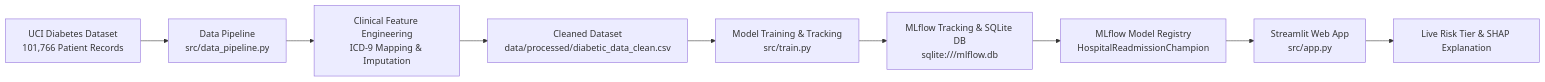
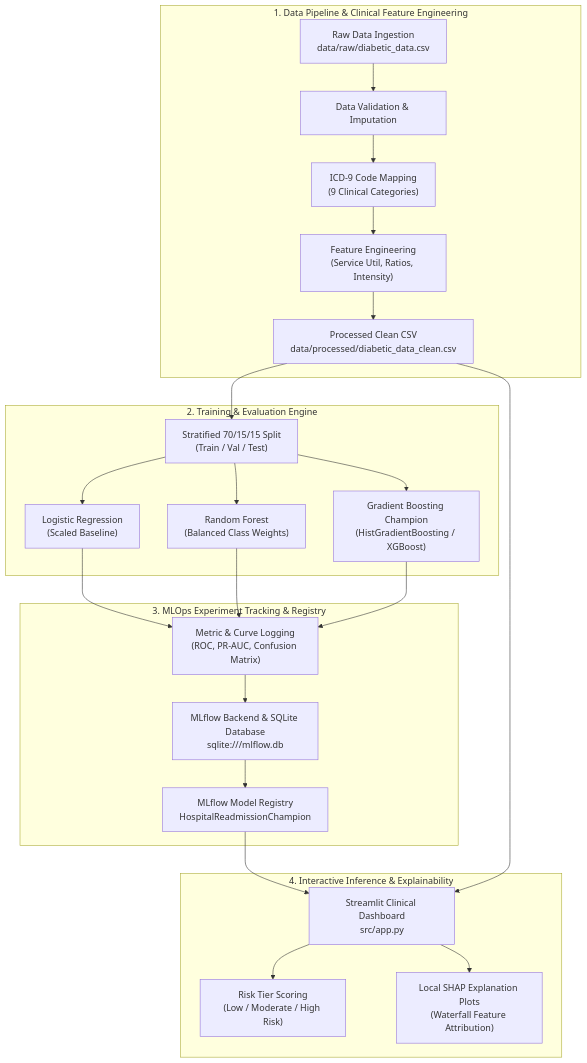
One commit to naveditachaudhary-pixel/hospital-readmission-mlops changed the diagram in README.md. Above: the diagram before and after it, drawn with Mermaid. The commit also changed other lines of this file, not shown here.

Commit message:
docs: overhaul README with architecture diagram, clinical breakdown, and human engineering tone

````diff
--- a/README.md
+++ b/README.md
@@ -25,11 +17,29 @@
 ```mermaid
-flowchart LR
-    A[UCI Diabetes Dataset\n101,766 Patient Records] --> B[Data Pipeline\nsrc/data_pipeline.py]
-    B --> C[Clinical Feature Engineering\nICD-9 Mapping & Imputation]
-    C --> D[Cleaned Dataset\ndata/processed/diabetic_data_clean.csv]
-    D --> E[Model Training & Tracking\nsrc/train.py]
-    E --> F[MLflow Tracking & SQLite DB\nsqlite:///mlflow.db]
-    F --> G[MLflow Model Registry\nHospitalReadmissionChampion]
-    G --> H[Streamlit Web App\nsrc/app.py]
-    H --> I[Live Risk Tier & SHAP Explanation]
+flowchart TD
+    subgraph Layer1["1. Data Pipeline & Clinical Feature Engineering"]
+        A["Raw Data Ingestion\ndata/raw/diabetic_data.csv"] --> B["Data Validation & Imputation"]
+        B --> C["ICD-9 Code Mapping\n(9 Clinical Categories)"]
+        C --> D["Feature Engineering\n(Service Util, Ratios, Intensity)"]
+        D --> E["Processed Clean CSV\ndata/processed/diabetic_data_clean.csv"]
+    end
+
+    subgraph Layer2["2. Training & Evaluation Engine"]
+        E --> F["Stratified 70/15/15 Split\n(Train / Val / Test)"]
+        F --> G1["Logistic Regression\n(Scaled Baseline)"]
+        F --> G2["Random Forest\n(Balanced Class Weights)"]
+        F --> G3["Gradient Boosting Champion\n(HistGradientBoosting / XGBoost)"]
+    end
+
+    subgraph Layer3["3. MLOps Experiment Tracking & Registry"]
+        G1 & G2 & G3 --> H["Metric & Curve Logging\n(ROC, PR-AUC, Confusion Matrix)"]
+        H --> I["MLflow Backend & SQLite Database\nsqlite:///mlflow.db"]
+        I --> J["MLflow Model Registry\nHospitalReadmissionChampion"]
+    end
+
+    subgraph Layer4["4. Interactive Inference & Explainability"]
+        J --> K["Streamlit Clinical Dashboard\nsrc/app.py"]
+        E --> K
+        K --> L["Risk Tier Scoring\n(Low / Moderate / High Risk)"]
+        K --> M["Local SHAP Explanation Plots\n(Waterfall Feature Attribution)"]
+    end
 ```
````
